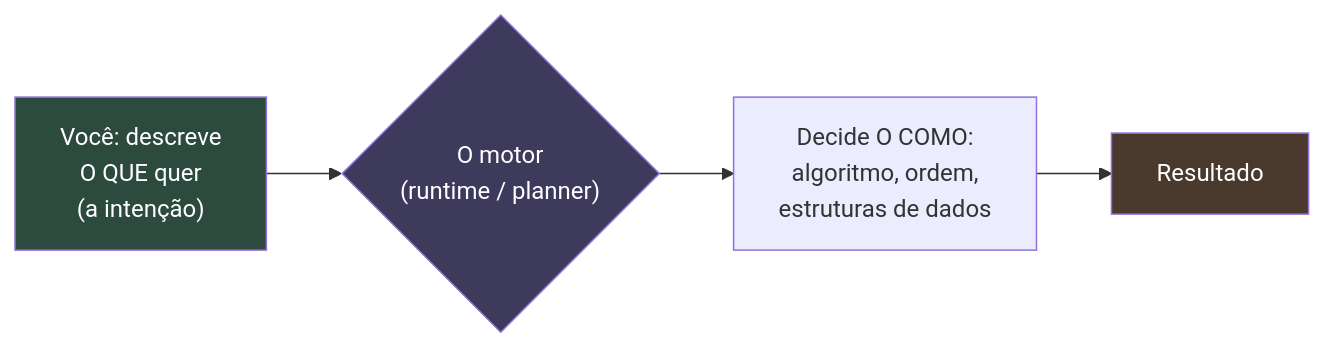
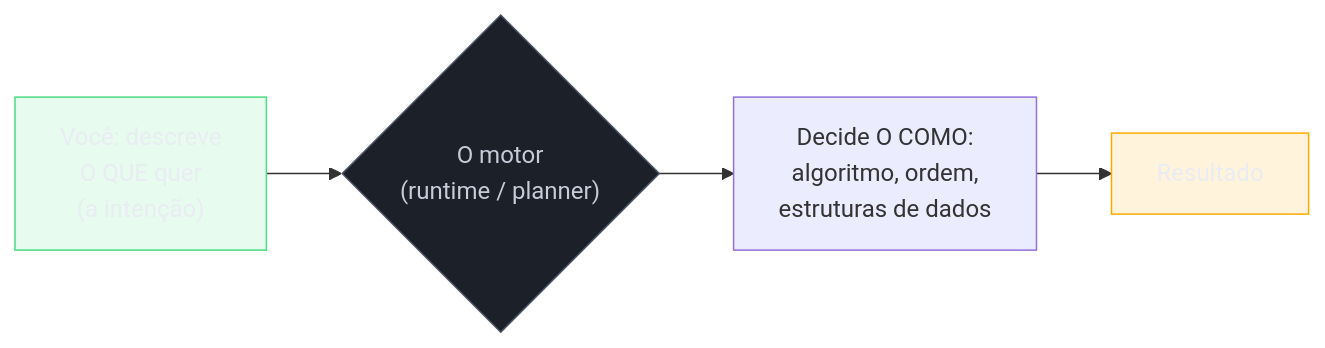
One commit to josenaldo/codex-technomanticus changed the first of 4 diagrams in 03-Dominios/Ciência/Paradigmas/04 - O paradigma declarativo.md. Above: the diagram before and after it, drawn with Mermaid. The commit also changed other lines of this file and 1181 other files, not shown here.

First line of the commit message:
fix(diagramas): paleta do sistema no lugar de cor cravada no markdown

````diff
--- a/03-Dominios/Ciência/Paradigmas/04 - O paradigma declarativo.md
+++ b/03-Dominios/Ciência/Paradigmas/04 - O paradigma declarativo.md
@@ -48,9 +48,12 @@
 ```mermaid
 flowchart LR
+    classDef ok fill:#4ADE8021,stroke:#4ADE80,color:#E9ECF2
+    classDef neutro fill:#1B2029,stroke:#4E5666,color:#C6CCD8
+    classDef destaque fill:#FFAA0024,stroke:#FFAA00,color:#E9ECF2
     A["Você: descreve<br/>O QUE quer<br/>(a intenção)"] --> B{"O motor<br/>(runtime / planner)"}
     B --> C["Decide O COMO:<br/>algoritmo, ordem,<br/>estruturas de dados"]
     C --> D["Resultado"]
-    style A fill:#2d4a3e,color:#fff
-    style B fill:#3d3a5c,color:#fff
-    style D fill:#4a3a2d,color:#fff
+    class A ok
+    class B neutro
+    class D destaque
 ```
````
